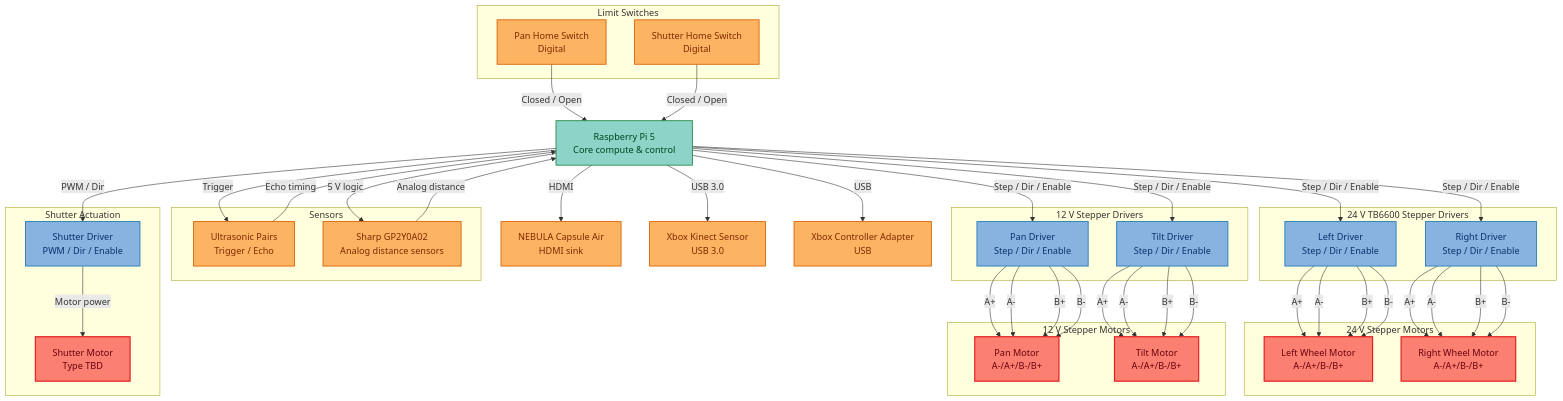
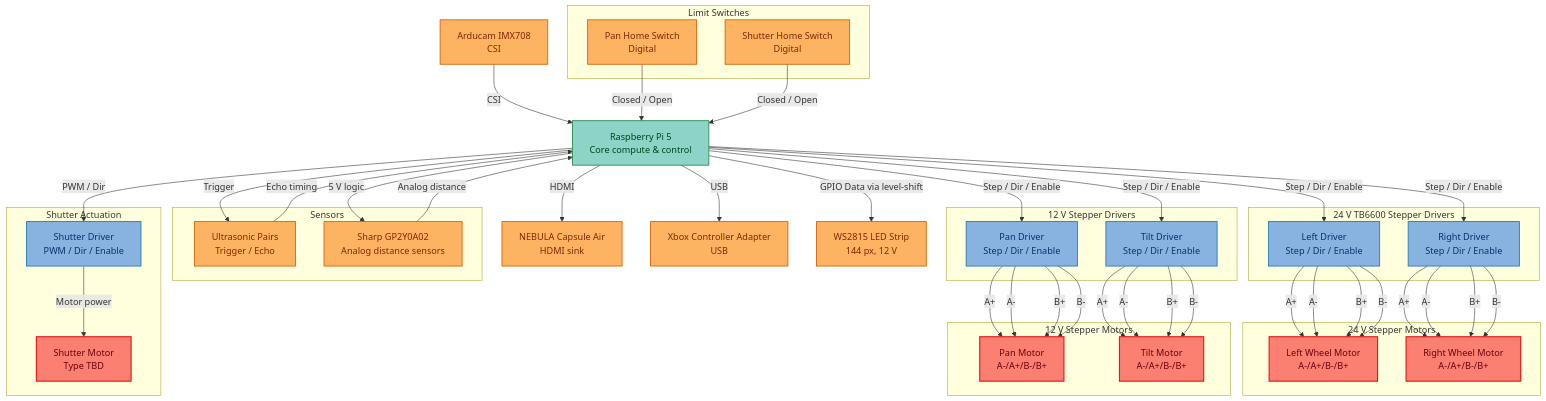
Before and after one commit to Mutilar/Marp: the second of 3 diagrams in readme.md, drawn with Mermaid. The commit also changed other lines of this file and 3 other files, not shown here.

```diff
--- a/readme.md
+++ b/readme.md
@@ -93,7 +92,7 @@
 graph TB
     Pi["Raspberry Pi 5\nCore compute & control"]
     Projector["NEBULA Capsule Air\nHDMI sink"]
-    Kinect["Xbox Kinect Sensor\nUSB 3.0"]
+    Camera["Arducam IMX708\nCSI"]
     Controller["Xbox Controller Adapter\nUSB"]
 
     subgraph StepperDrivers24["24 V TB6600 Stepper Drivers"]
@@ -132,13 +131,14 @@
     end
 
     Pi -->|HDMI| Projector
-    Pi -->|USB 3.0| Kinect
+    Camera -->|CSI| Pi
     Pi -->|USB| Controller
     Pi -->|Step / Dir / Enable| StepperL
     Pi -->|Step / Dir / Enable| StepperR
     Pi -->|Step / Dir / Enable| StepperPan
     Pi -->|Step / Dir / Enable| StepperTilt
     Pi -->|PWM / Dir| ShutterDriver
+    Pi -->|GPIO Data via level-shift| LEDs["WS2815 LED Strip\n144 px, 12 V"]
     Pi -->|Trigger| UltrasonicArray
     UltrasonicArray -->|Echo timing| Pi
     IRArray -->|Analog distance| Pi
@@ -165,7 +165,7 @@
     ShutterDriver -->|Motor power| ShutterMotor
 
     class Pi compute
-    class Projector,Kinect,Controller,UltrasonicArray,IRArray,PanLimit,ShutterLimit peripheral
+    class Projector,Camera,Controller,UltrasonicArray,IRArray,PanLimit,ShutterLimit,LEDs peripheral
     class StepperL,StepperR,StepperPan,StepperTilt,ShutterDriver driver
     class MotorLeft,MotorRight,MotorPan,MotorTilt,ShutterMotor motor
 
```
